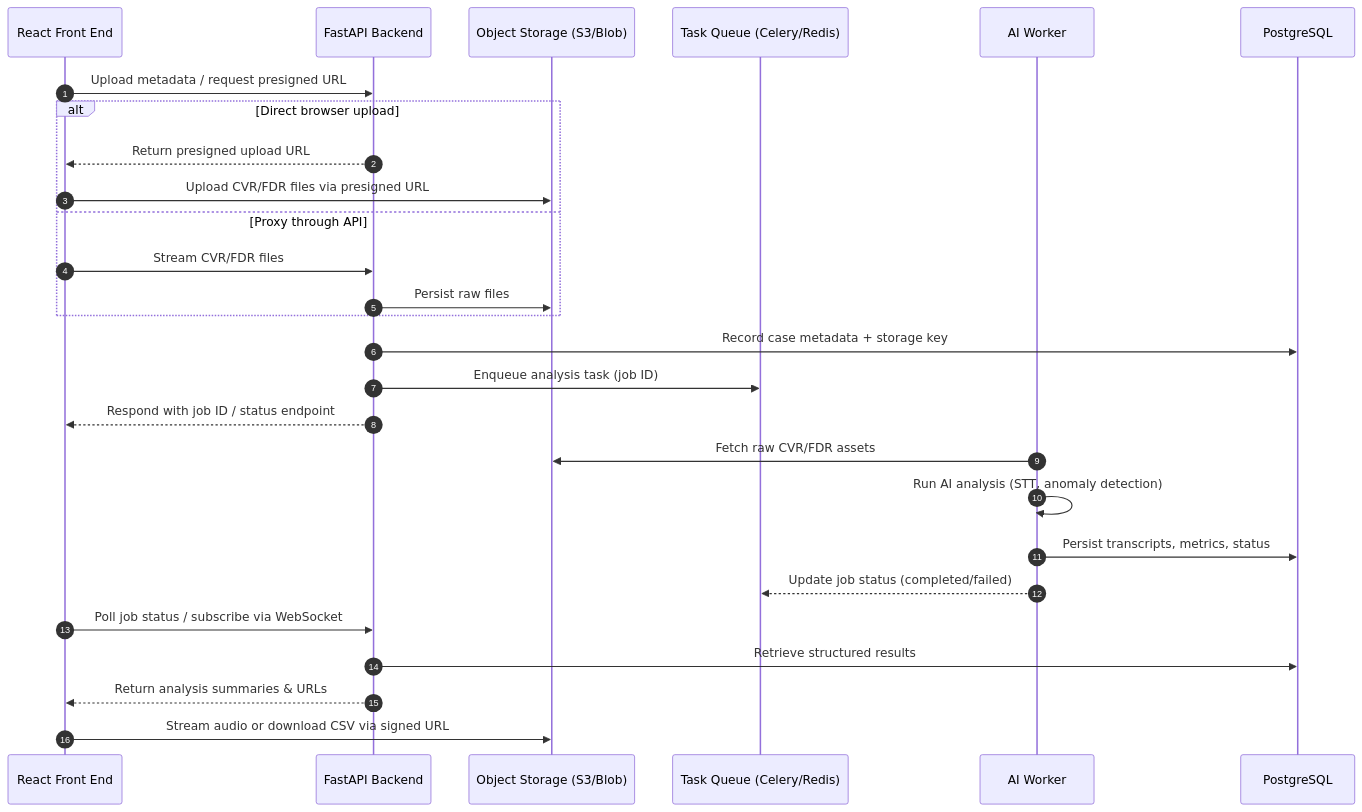
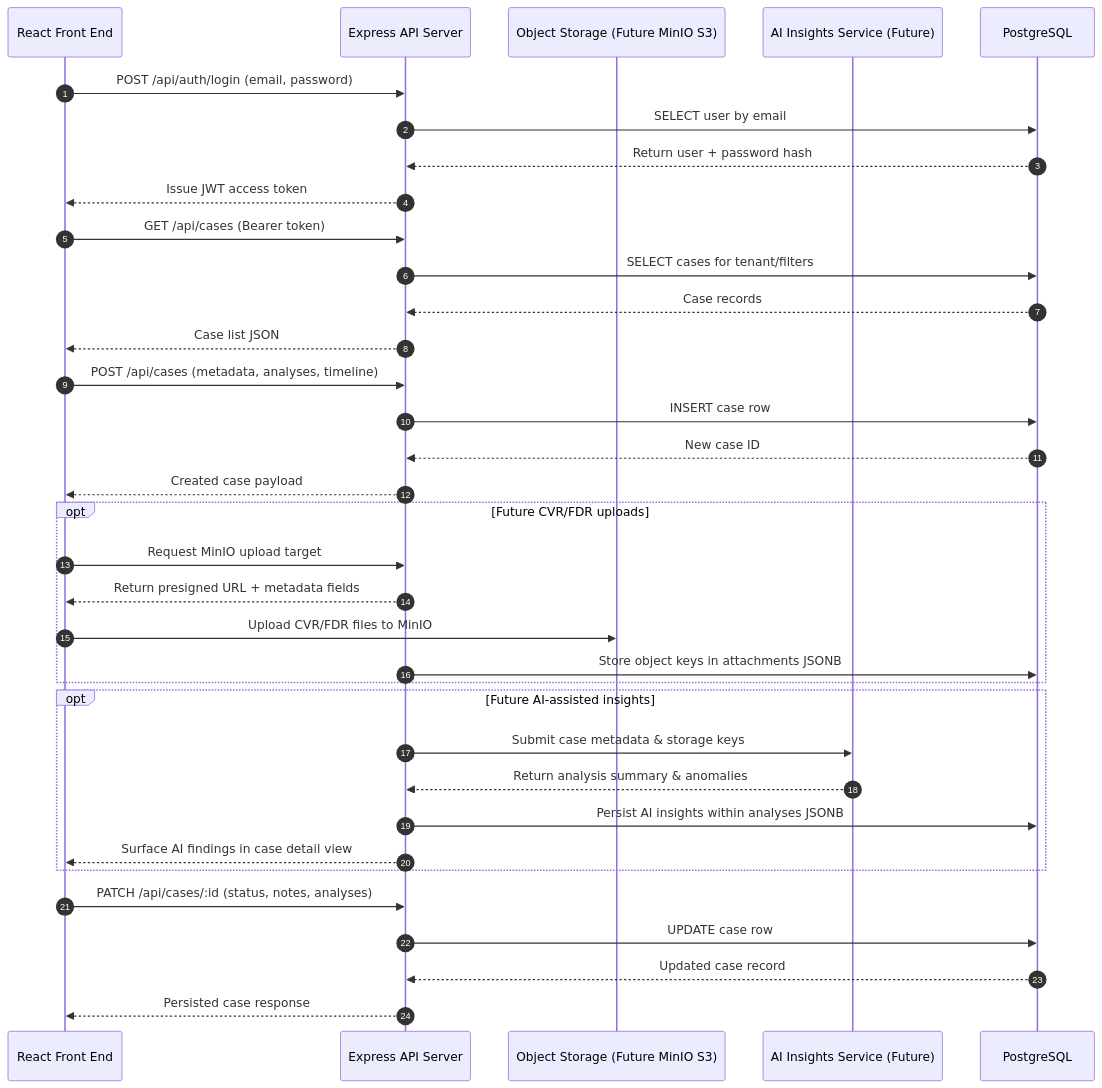
The diagram in docs/cvr-fdr-workflow-diagram.md (fatima-dakalbab/cvr-fdr-analyzer), drawn with Mermaid before and after one commit. The commit also changed other lines of this file and 5 other files, not shown here.

````diff
--- a/docs/cvr-fdr-workflow-diagram.md
+++ b/docs/cvr-fdr-workflow-diagram.md
@@ -15,33 +15,44 @@
 ```mermaid
+%%{init: {"themeVariables": {"fontSize": "16px", "fontFamily": "'Inter', 'Arial', sans-serif"}} }%%
 sequenceDiagram
     autonumber
     participant FE as React Front End
-    participant API as FastAPI Backend
-    participant Store as Object Storage (S3/Blob)
-    participant Queue as Task Queue (Celery/Redis)
-    participant Worker as AI Worker
+    participant API as Express API Server
+    participant Store as Object Storage (Future MinIO S3)
+    participant AI as AI Insights Service (Future)
     participant DB as PostgreSQL
 
-    FE->>API: Upload metadata / request presigned URL
-    alt Direct browser upload
-        API-->>FE: Return presigned upload URL
-        FE->>Store: Upload CVR/FDR files via presigned URL
-    else Proxy through API
-        FE->>API: Stream CVR/FDR files
-        API->>Store: Persist raw files
+    FE->>API: POST /api/auth/login (email, password)
+    API->>DB: SELECT user by email
+    DB-->>API: Return user + password hash
+    API-->>FE: Issue JWT access token
+
+    FE->>API: GET /api/cases (Bearer token)
+    API->>DB: SELECT cases for tenant/filters
+    DB-->>API: Case records
+    API-->>FE: Case list JSON
+
+    FE->>API: POST /api/cases (metadata, analyses, timeline)
+    API->>DB: INSERT case row
+    DB-->>API: New case ID
+    API-->>FE: Created case payload
+
+    opt Future CVR/FDR uploads
+        FE->>API: Request MinIO upload target
+        API-->>FE: Return presigned URL + metadata fields
+        FE->>Store: Upload CVR/FDR files to MinIO
+        API->>DB: Store object keys in attachments JSONB
     end
 
-    API->>DB: Record case metadata + storage key
-    API->>Queue: Enqueue analysis task (job ID)
-    API-->>FE: Respond with job ID / status endpoint
+    opt Future AI-assisted insights
+        API->>AI: Submit case metadata & storage keys
+        AI-->>API: Return analysis summary & anomalies
+        API->>DB: Persist AI insights within analyses JSONB
+        API-->>FE: Surface AI findings in case detail view
+    end
 
-    Worker->>Store: Fetch raw CVR/FDR assets
-    Worker->>Worker: Run AI analysis (STT, anomaly detection)
-    Worker->>DB: Persist transcripts, metrics, status
-    Worker-->>Queue: Update job status (completed/failed)
-
-    FE->>API: Poll job status / subscribe via WebSocket
-    API->>DB: Retrieve structured results
-    API-->>FE: Return analysis summaries & URLs
-    FE->>Store: Stream audio or download CSV via signed URL
+    FE->>API: PATCH /api/cases/:id (status, notes, analyses)
+    API->>DB: UPDATE case row
+    DB-->>API: Updated case record
+    API-->>FE: Persisted case response
 ```
````
